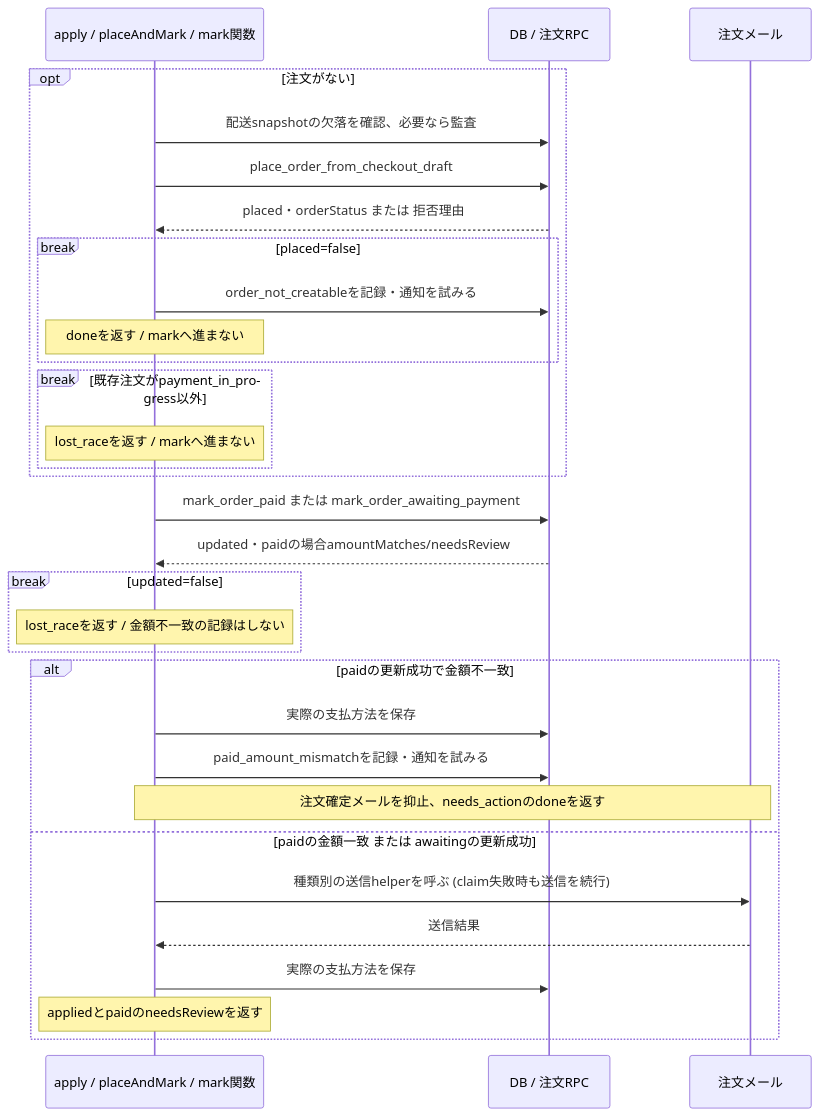
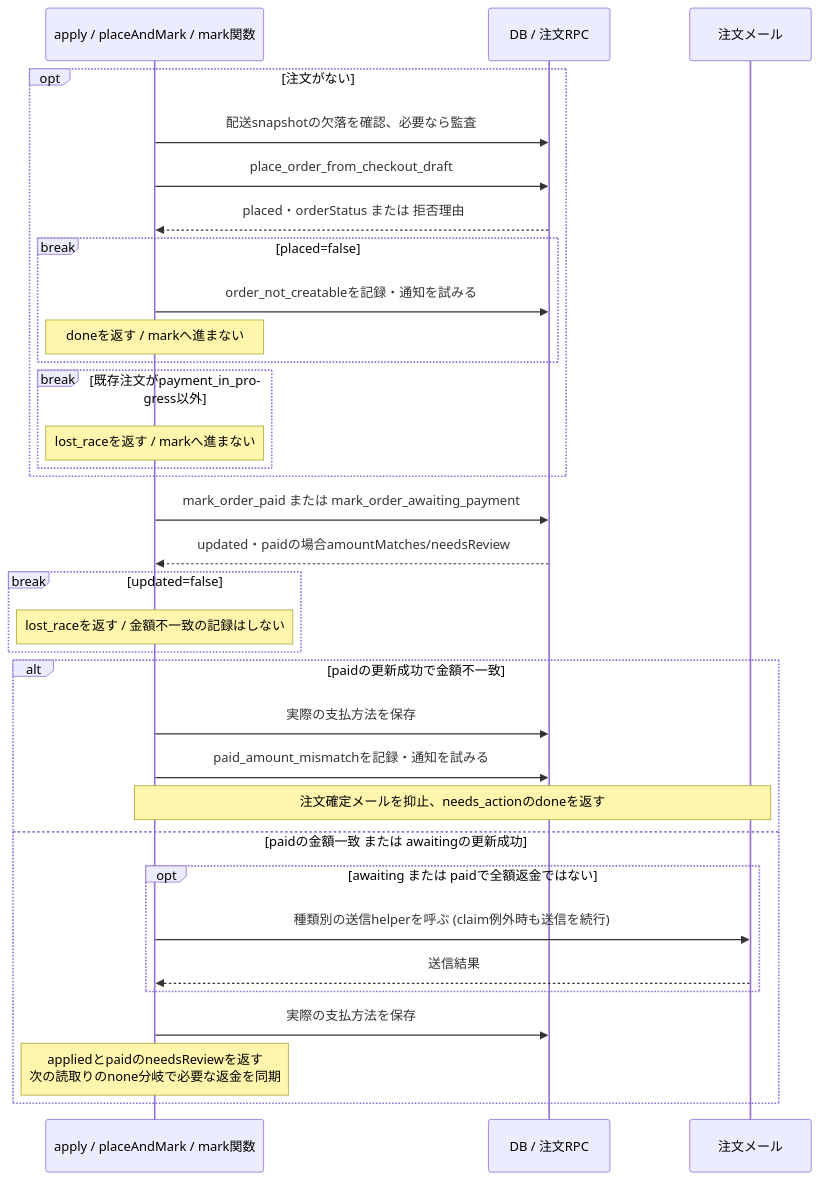
Before and after one commit to ChocoWork/o_official: the fifth of 5 diagrams in docs/04_DetailDesign/sequence/checkout-payment.md, drawn with Mermaid. The commit also changed other lines of this file and 19 other files, not shown here.

````diff
--- a/docs/04_DetailDesign/sequence/checkout-payment.md
+++ b/docs/04_DetailDesign/sequence/checkout-payment.md
@@ -225,33 +232,35 @@
 ```mermaid
 sequenceDiagram
     participant C as apply / placeAndMark / mark関数
     participant DB as DB / 注文RPC
     participant Mail as 注文メール
     opt 注文がない
         C->>DB: 配送snapshotの欠落を確認、必要なら監査
         C->>DB: place_order_from_checkout_draft
         DB-->>C: placed・orderStatus または 拒否理由
         break placed=false
             C->>DB: order_not_creatableを記録・通知を試みる
             Note over C: doneを返す / markへ進まない
         end
         break 既存注文がpayment_in_progress以外
             Note over C: lost_raceを返す / markへ進まない
         end
     end
     C->>DB: mark_order_paid または mark_order_awaiting_payment
     DB-->>C: updated・paidの場合amountMatches/needsReview
     break updated=false
         Note over C: lost_raceを返す / 金額不一致の記録はしない
     end
     alt paidの更新成功で金額不一致
         C->>DB: 実際の支払方法を保存
         C->>DB: paid_amount_mismatchを記録・通知を試みる
         Note over C,Mail: 注文確定メールを抑止、needs_actionのdoneを返す
     else paidの金額一致 または awaitingの更新成功
-        C->>Mail: 種類別の送信helperを呼ぶ (claim失敗時も送信を続行)
-        Mail-->>C: 送信結果
+        opt awaiting または paidで全額返金ではない
+            C->>Mail: 種類別の送信helperを呼ぶ (claim例外時も送信を続行)
+            Mail-->>C: 送信結果
+        end
         C->>DB: 実際の支払方法を保存
-        Note over C: appliedとpaidのneedsReviewを返す
+        Note over C: appliedとpaidのneedsReviewを返す<br/>次の読取りのnone分岐で必要な返金を同期
     end
 ```
````
